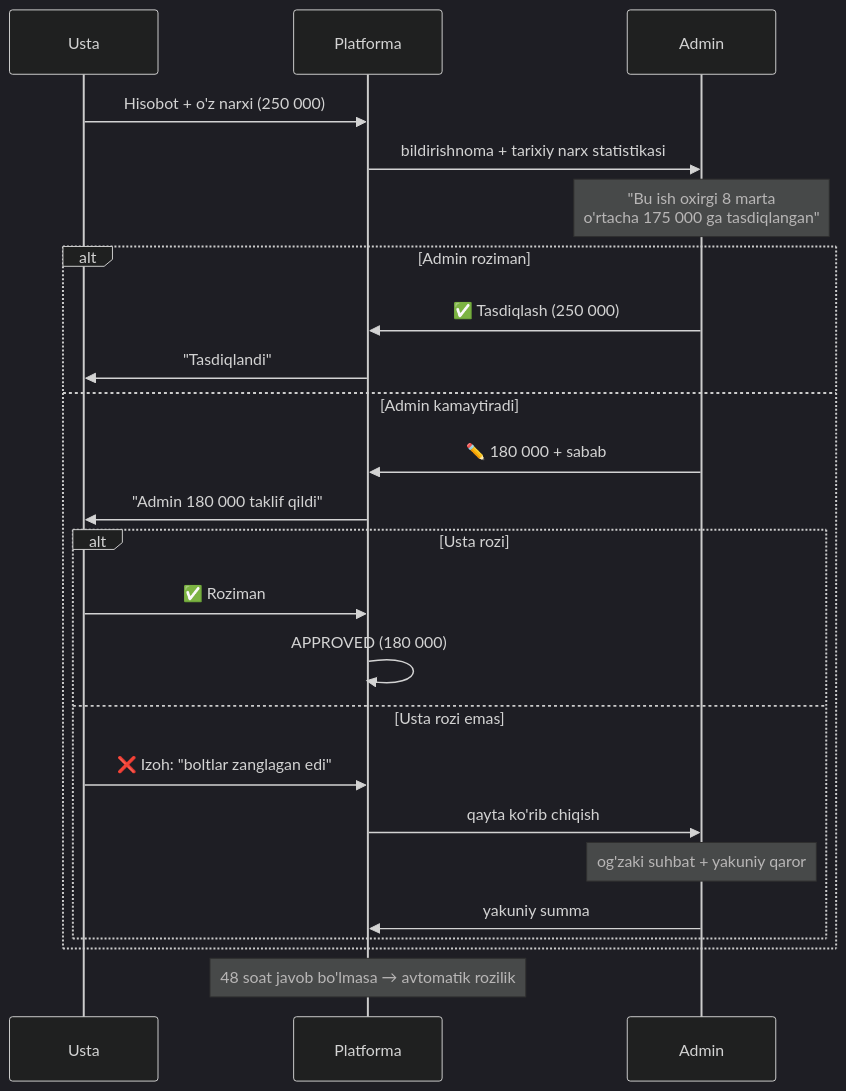
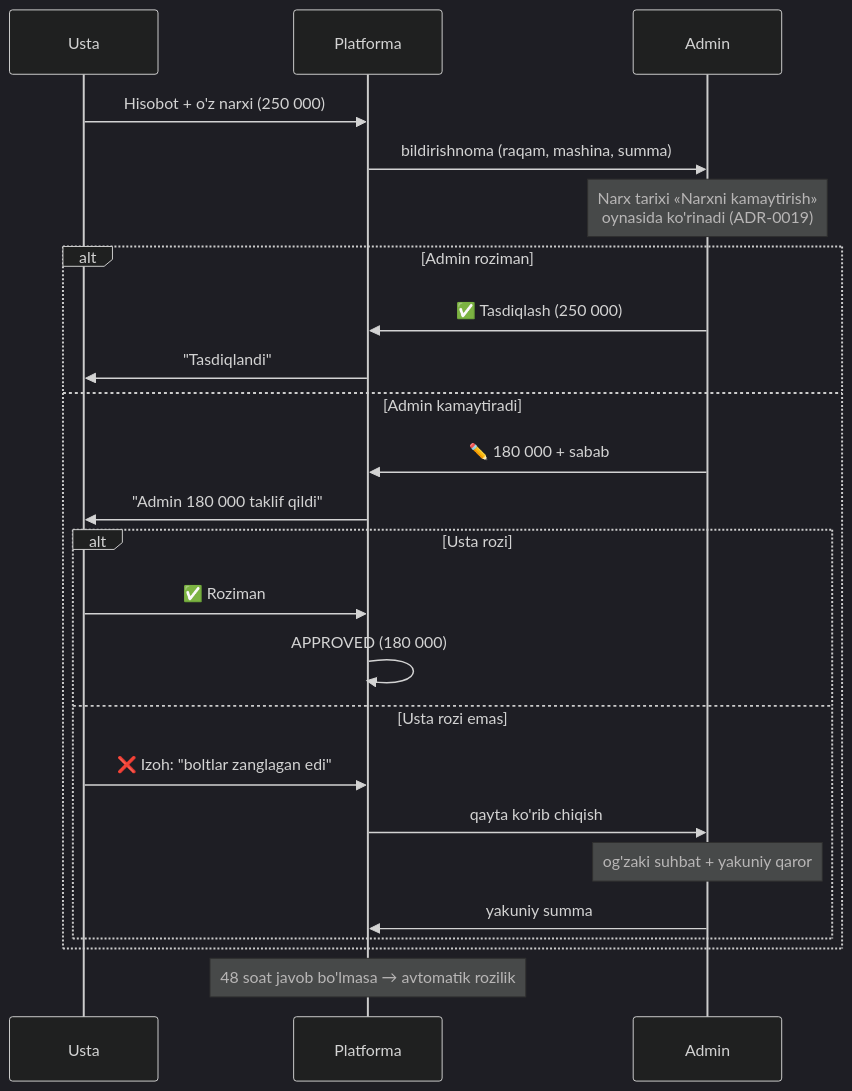
One commit to mcodevs/novacore_platform changed the diagram in docs/04-flows/04-price-negotiation.md. Above: the diagram before and after it, drawn with Mermaid (dark theme). The commit also changed other lines of this file and 16 other files, not shown here.

````diff
--- a/docs/04-flows/04-price-negotiation.md
+++ b/docs/04-flows/04-price-negotiation.md
@@ -38,28 +38,28 @@
 ```mermaid
 sequenceDiagram
     participant U as Usta
     participant P as Platforma
     participant A as Admin
 
     U->>P: Hisobot + o'z narxi (250 000)
-    P->>A: bildirishnoma + tarixiy narx statistikasi
-    Note over A: "Bu ish oxirgi 8 marta<br/>o'rtacha 175 000 ga tasdiqlangan"
+    P->>A: bildirishnoma (raqam, mashina, summa)
+    Note over A: Narx tarixi «Narxni kamaytirish»<br/>oynasida ko'rinadi (ADR-0019)
 
     alt Admin roziman
         A->>P: ✅ Tasdiqlash (250 000)
         P->>U: "Tasdiqlandi"
     else Admin kamaytiradi
         A->>P: ✏️ 180 000 + sabab
         P->>U: "Admin 180 000 taklif qildi"
         alt Usta rozi
             U->>P: ✅ Roziman
             P->>P: APPROVED (180 000)
         else Usta rozi emas
             U->>P: ❌ Izoh: "boltlar zanglagan edi"
             P->>A: qayta ko'rib chiqish
             Note over A: og'zaki suhbat + yakuniy qaror
             A->>P: yakuniy summa
         end
     end
     Note over P: 48 soat javob bo'lmasa → avtomatik rozilik
 ```
````
